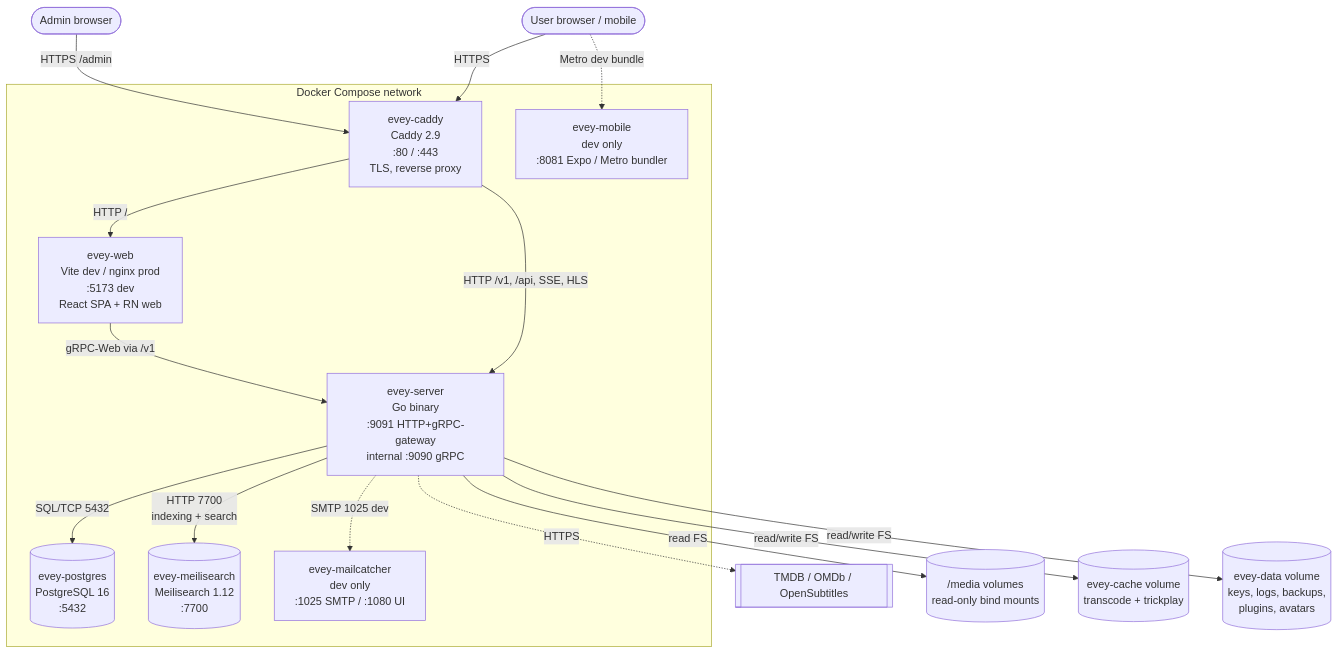
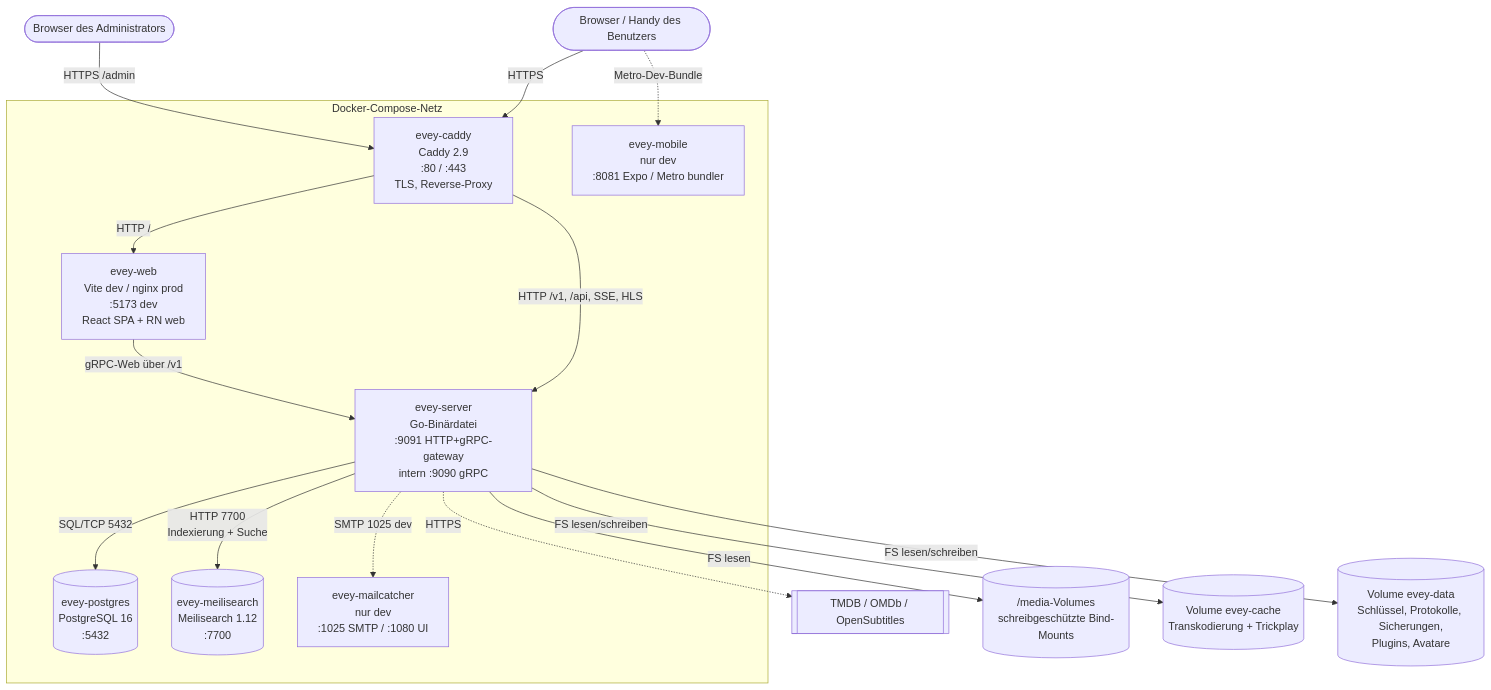
One commit to eveyproject/evey changed the third of 5 diagrams in wiki/translations/de/ARCHITECTURE.md. Above: the diagram before and after it, drawn with Mermaid. The commit also changed other lines of this file and 14 other files, not shown here.

````diff
--- a/wiki/translations/de/ARCHITECTURE.md
+++ b/wiki/translations/de/ARCHITECTURE.md
@@ -154,35 +216,35 @@
 ```mermaid
 flowchart TB
-    user([User browser / mobile])
-    admin([Admin browser])
+    user([Browser / Handy des Benutzers])
+    admin([Browser des Administrators])
 
-    subgraph compose[Docker Compose network]
-        caddy[evey-caddy<br/>Caddy 2.9<br/>:80 / :443<br/>TLS, reverse proxy]
+    subgraph compose[Docker-Compose-Netz]
+        caddy[evey-caddy<br/>Caddy 2.9<br/>:80 / :443<br/>TLS, Reverse-Proxy]
         web[evey-web<br/>Vite dev / nginx prod<br/>:5173 dev<br/>React SPA + RN web]
-        server[evey-server<br/>Go binary<br/>:9091 HTTP+gRPC-gateway<br/>internal :9090 gRPC]
+        server[evey-server<br/>Go-Binärdatei<br/>:9091 HTTP+gRPC-gateway<br/>intern :9090 gRPC]
         pg[(evey-postgres<br/>PostgreSQL 16<br/>:5432)]
         meili[(evey-meilisearch<br/>Meilisearch 1.12<br/>:7700)]
-        mobile[evey-mobile<br/>dev only<br/>:8081 Expo / Metro bundler]
-        mail[evey-mailcatcher<br/>dev only<br/>:1025 SMTP / :1080 UI]
+        mobile[evey-mobile<br/>nur dev<br/>:8081 Expo / Metro bundler]
+        mail[evey-mailcatcher<br/>nur dev<br/>:1025 SMTP / :1080 UI]
     end
 
     tmdb[[TMDB / OMDb / OpenSubtitles]]
-    fs[(/media volumes<br/>read-only bind mounts)]
-    cache[(evey-cache volume<br/>transcode + trickplay)]
-    data[(evey-data volume<br/>keys, logs, backups,<br/>plugins, avatars)]
+    fs[(/media-Volumes<br/>schreibgeschützte Bind-Mounts)]
+    cache[(Volume evey-cache<br/>Transkodierung + Trickplay)]
+    data[(Volume evey-data<br/>Schlüssel, Protokolle, Sicherungen,<br/>Plugins, Avatare)]
 
     user -->|HTTPS| caddy
     admin -->|HTTPS /admin| caddy
     caddy -->|HTTP /| web
     caddy -->|HTTP /v1, /api, SSE, HLS| server
-    web -->|gRPC-Web via /v1| server
-    user -.->|Metro dev bundle| mobile
+    web -->|gRPC-Web über /v1| server
+    user -.->|Metro-Dev-Bundle| mobile
 
     server -->|SQL/TCP 5432| pg
-    server -->|HTTP 7700<br/>indexing + search| meili
+    server -->|HTTP 7700<br/>Indexierung + Suche| meili
     server -.->|SMTP 1025 dev| mail
     server -.->|HTTPS| tmdb
-    server -->|read FS| fs
-    server -->|read/write FS| cache
-    server -->|read/write FS| data
+    server -->|FS lesen| fs
+    server -->|FS lesen/schreiben| cache
+    server -->|FS lesen/schreiben| data
 ```
````
